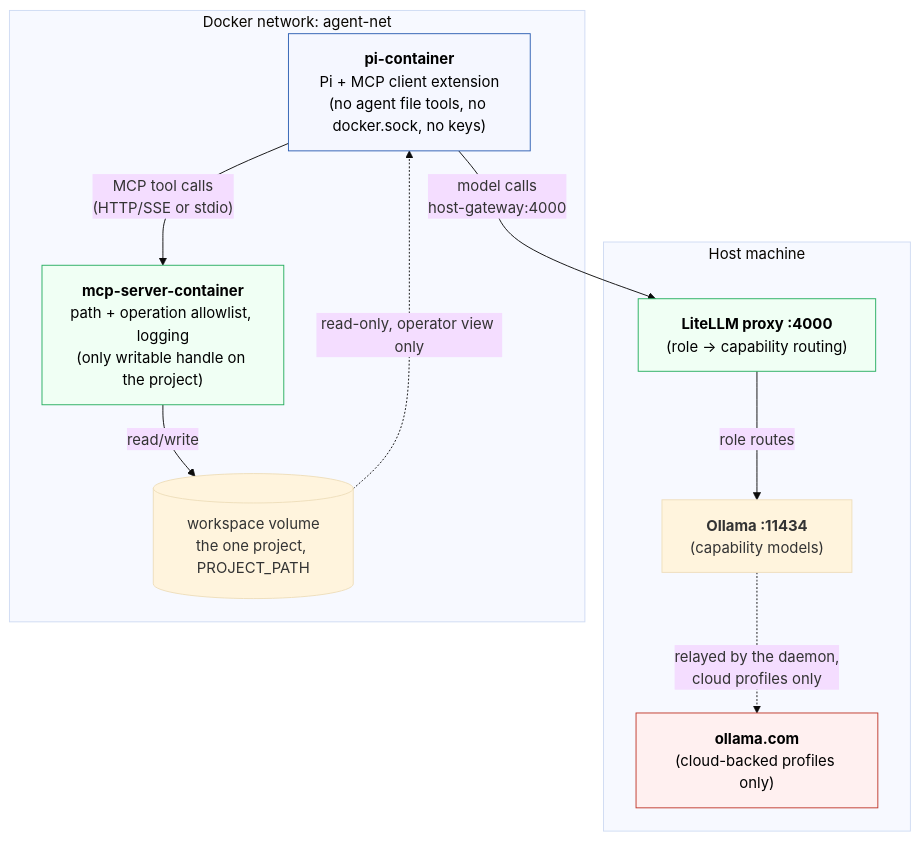
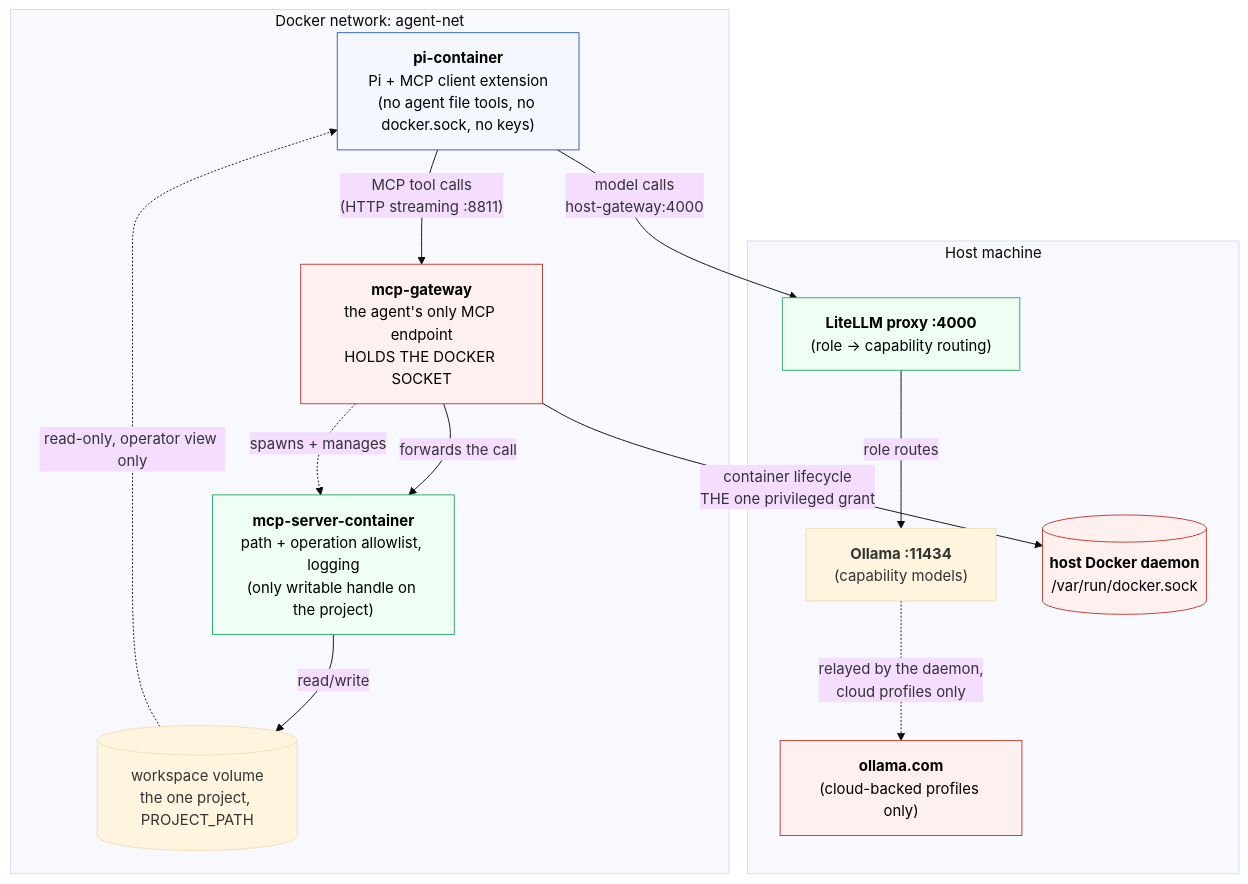
The fourth of 4 diagrams in docs/solution.md (kieranpotts/genie), drawn with Mermaid (base theme) before and after one commit. The commit also changed other lines of this file and 5 other files, not shown here.

````diff
--- a/docs/solution.md
+++ b/docs/solution.md
@@ -226,29 +343,34 @@
 ```mermaid
 flowchart TB
   subgraph Host["Host machine"]
     Ollama["<b>Ollama :11434</b><br/>(capability models)"]
     Proxy["<b>LiteLLM proxy :4000</b><br/>(role → capability routing)"]
     Cloud["<b>ollama.com</b><br/>(cloud-backed profiles only)"]
+    Daemon[("<b>host Docker daemon</b><br/>/var/run/docker.sock")]
     Proxy -->|"role routes"| Ollama
     Ollama -.->|"relayed by the daemon,<br/>cloud profiles only"| Cloud
   end
 
   subgraph Net["Docker network: agent-net"]
     Pi["<b>pi-container</b><br/>Pi + MCP client extension<br/>(no agent file tools, no docker.sock, no keys)"]
+    GW["<b>mcp-gateway</b><br/>the agent's only MCP endpoint<br/>HOLDS THE DOCKER SOCKET"]
     MCP["<b>mcp-server-container</b><br/>path + operation allowlist, logging<br/>(only writable handle on the project)"]
     Vol[("workspace volume<br/>the one project, PROJECT_PATH")]
 
-    Pi -->|"MCP tool calls<br/>(HTTP/SSE or stdio)"| MCP
+    Pi -->|"MCP tool calls<br/>(HTTP streaming :8811)"| GW
+    GW -->|"forwards the call"| MCP
+    GW -.->|"spawns + manages"| MCP
     MCP -->|"read/write"| Vol
     Vol -.->|"read-only, operator view only"| Pi
   end
 
   Pi -->|"model calls<br/>host-gateway:4000"| Proxy
+  GW -->|"container lifecycle<br/>THE one privileged grant"| Daemon
 
   classDef danger fill:#fff0f0,stroke:#c0392b,color:#000;
   classDef guard fill:#f0fff4,stroke:#27ae60,color:#000;
   classDef agent fill:#f5f7ff,stroke:#2c5fb3,color:#000;
   class Proxy,MCP guard;
   class Pi agent;
-  class Cloud danger;
+  class Cloud,Daemon,GW danger;
 ```
````
